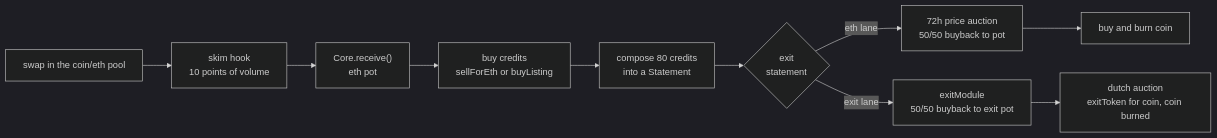
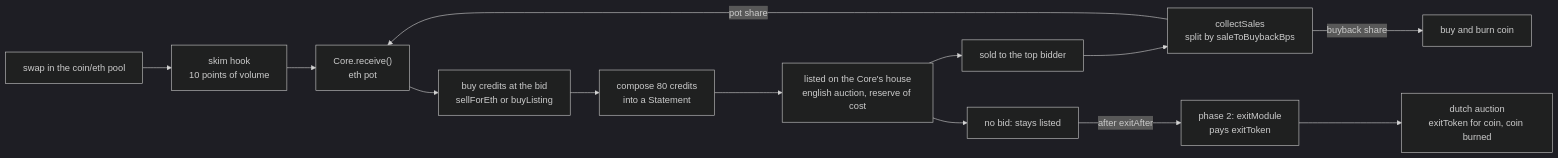
The diagram in README.md (ripe0x/cc), drawn with Mermaid (dark theme) before and after one commit. The commit also changed other lines of this file and 68 other files, not shown here.

First line of the commit message:
flow rework stage 2: port all suites to the new surface, hostile owner invariants, launch package for the linked library and settings, simulator and docs rewritten for the flow goal

````diff
--- a/README.md
+++ b/README.md
@@ -22,23 +25,28 @@
 ```mermaid
 graph LR
     swap["swap in the coin/eth pool"]
     hook["skim hook<br/>10 points of volume"]
     pot["Core.receive()<br/>eth pot"]
-    buy["buy credits<br/>sellForEth or buyListing"]
+    buy["buy credits at the bid<br/>sellForEth or buyListing"]
     compose["compose 80 credits<br/>into a Statement"]
-    exit{"exit<br/>statement"}
-    auction["72h price auction<br/>50/50 buyback to pot"]
-    module["exitModule<br/>50/50 buyback to exit pot"]
+    house["listed on the Core's house<br/>english auction, reserve of cost"]
+    sold["sold to the top bidder"]
+    unsold["no bid: stays listed"]
+    collect["collectSales<br/>split by saleToBuybackBps"]
     burn["buy and burn coin"]
+    exit["phase 2: exitModule<br/>pays exitToken"]
     dutch["dutch auction<br/>exitToken for coin, coin burned"]
 
     swap --> hook
     hook --> pot
     pot --> buy
     buy --> compose
-    compose --> exit
-    exit -->|eth lane| auction
-    exit -->|exit lane| module
-    auction --> burn
-    module --> dutch
+    compose --> house
+    house --> sold
+    house --> unsold
+    sold --> collect
+    collect -->|pot share| pot
+    collect -->|buyback share| burn
+    unsold -->|after exitAfter| exit
+    exit --> dutch
 ```
````
